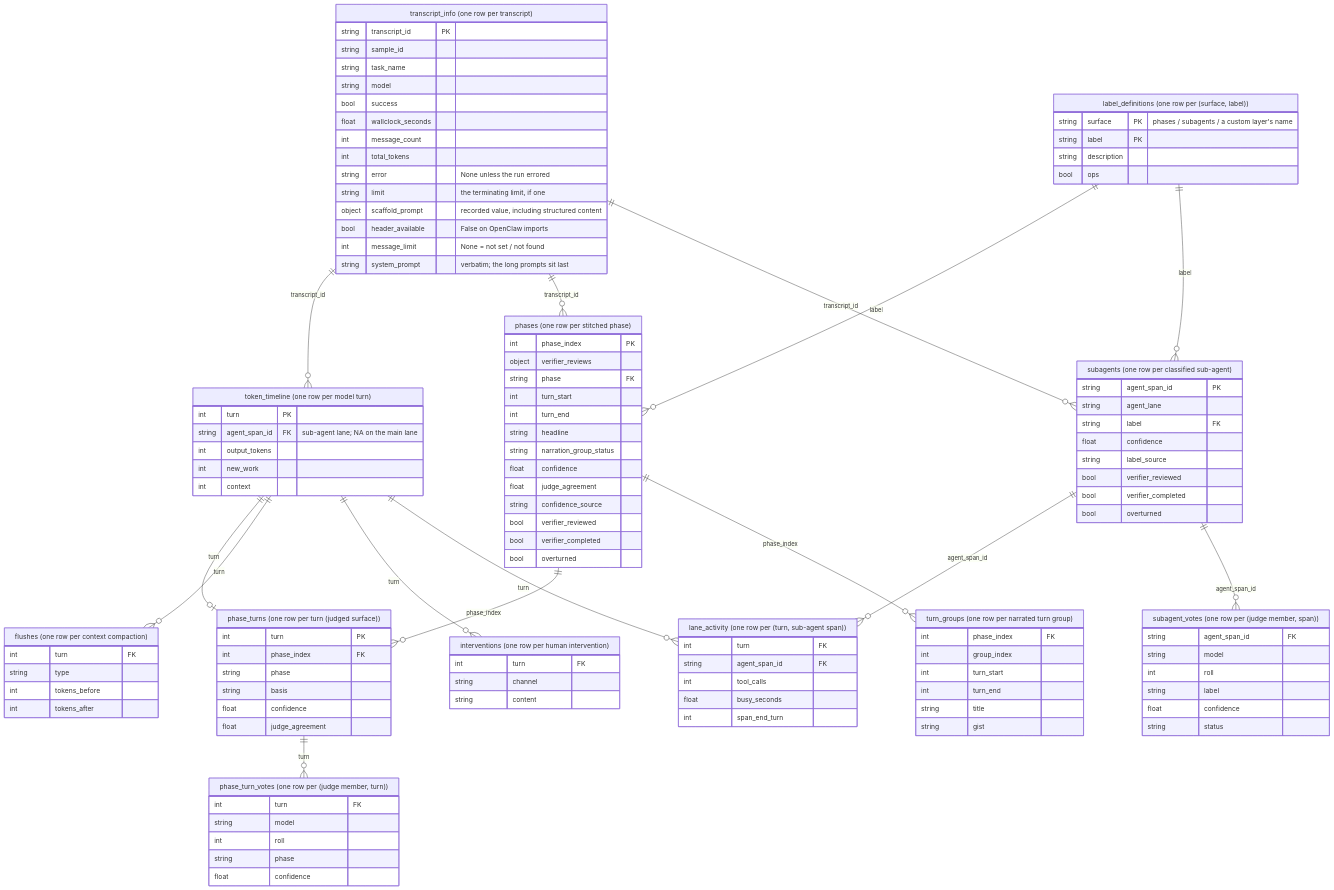
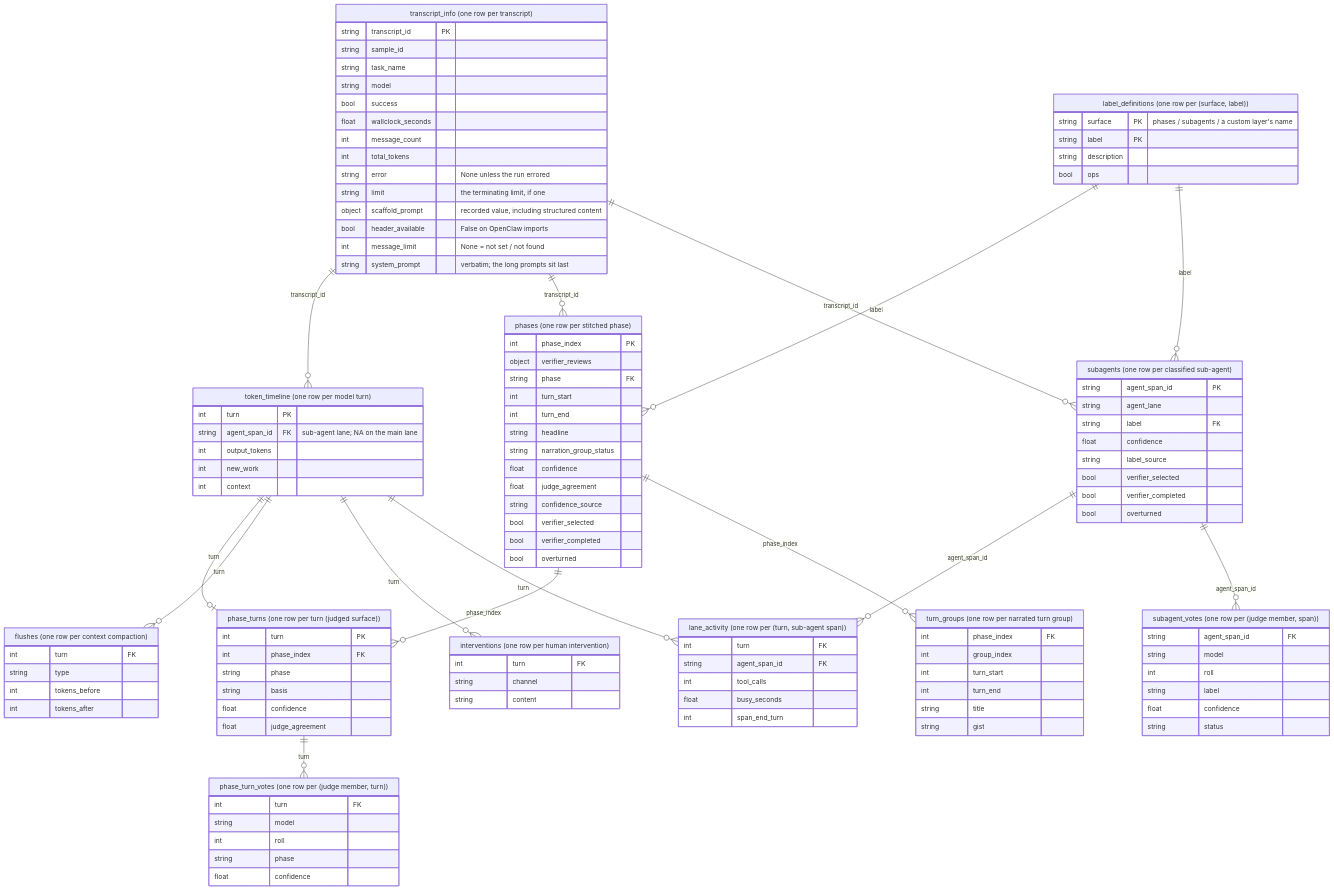
Before and after one commit to AI-Safety-Institute/transect: the diagram in README.md, drawn with Mermaid. The commit also changed other lines of this file and 15 other files, not shown here.

Commit message:
review: rename verifier_reviewed to verifier_selected (selected/attempted vs completed)

```diff
--- a/README.md
+++ b/README.md
@@ -398,7 +398,7 @@
         float confidence
         float judge_agreement
         string confidence_source
-        bool verifier_reviewed
+        bool verifier_selected
         bool verifier_completed
         bool overturned
     }
@@ -431,7 +431,7 @@
         string label FK
         float confidence
         string label_source
-        bool verifier_reviewed
+        bool verifier_selected
         bool verifier_completed
         bool overturned
     }
```
